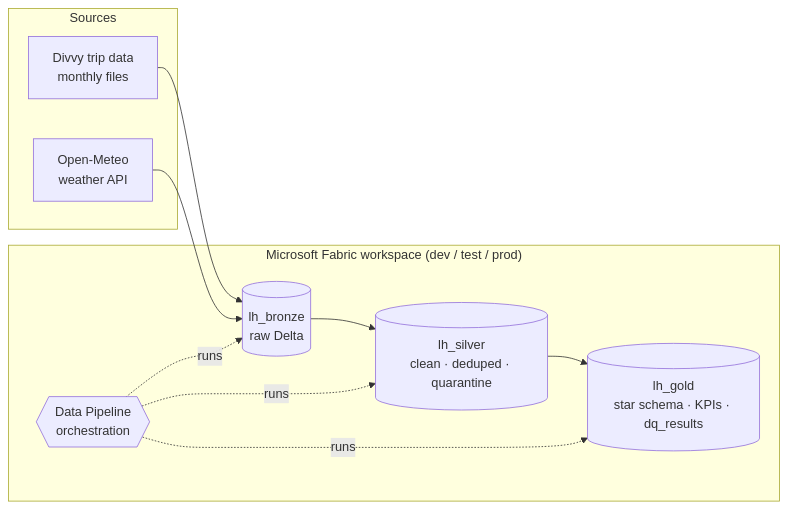
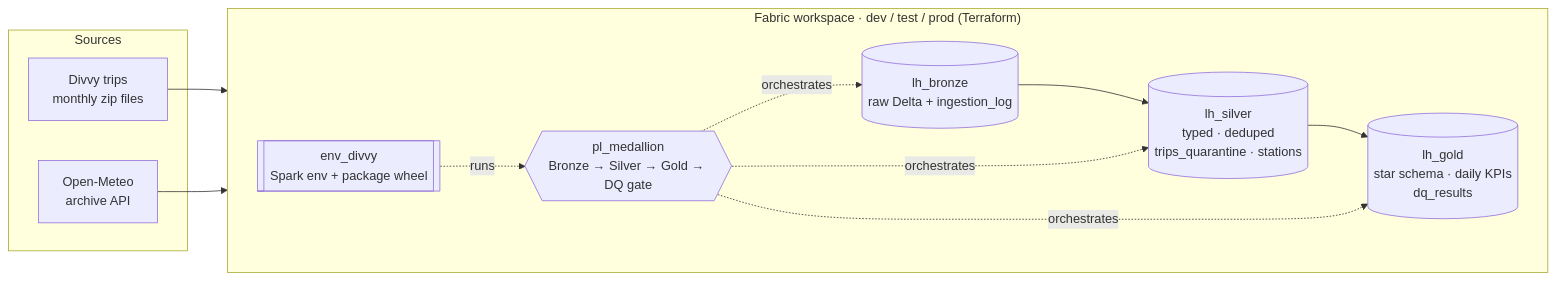
One commit to felipecastro-data/fabric-medallion-cicd-terraform changed the first of 2 diagrams in README.md. Above: the diagram before and after it, drawn with Mermaid. The commit also changed other lines of this file and 8 other files, not shown here.

First line of the commit message:
feat(ops): prod monitor with GitHub-issue alerts, charts and final README (#12)

````diff
--- a/README.md
+++ b/README.md
@@ -13,17 +24,20 @@
 ```mermaid
 flowchart LR
     subgraph Sources
-        S1[Divvy trip data<br/>monthly files]
-        S2[Open-Meteo<br/>weather API]
+        S1[Divvy trips<br/>monthly zip files]
+        S2[Open-Meteo<br/>archive API]
     end
-    subgraph Fabric["Microsoft Fabric workspace (dev / test / prod)"]
-        B[(lh_bronze<br/>raw Delta)]
-        SV[(lh_silver<br/>clean · deduped · quarantine)]
-        G[(lh_gold<br/>star schema · KPIs · dq_results)]
-        P{{Data Pipeline<br/>orchestration}}
+    subgraph WS["Fabric workspace · dev / test / prod (Terraform)"]
+        direction LR
+        B[(lh_bronze<br/>raw Delta + ingestion_log)]
+        SV[(lh_silver<br/>typed · deduped<br/>trips_quarantine · stations)]
+        G[(lh_gold<br/>star schema · daily KPIs<br/>dq_results)]
+        P{{pl_medallion<br/>Bronze → Silver → Gold → DQ gate}}
+        E[[env_divvy<br/>Spark env + package wheel]]
     end
     S1 --> B
     S2 --> B
     B --> SV --> G
-    P -.runs.-> B & SV & G
+    P -. orchestrates .-> B & SV & G
+    E -. runs .-> P
 ```
````
